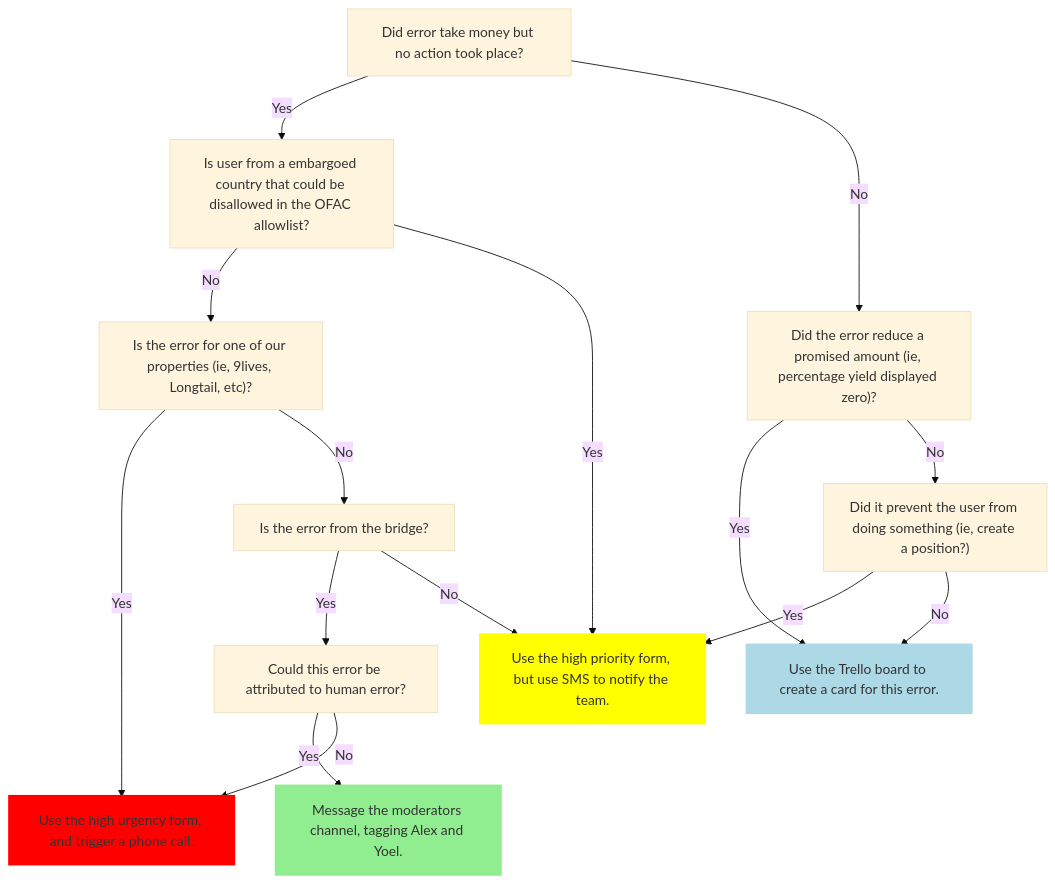
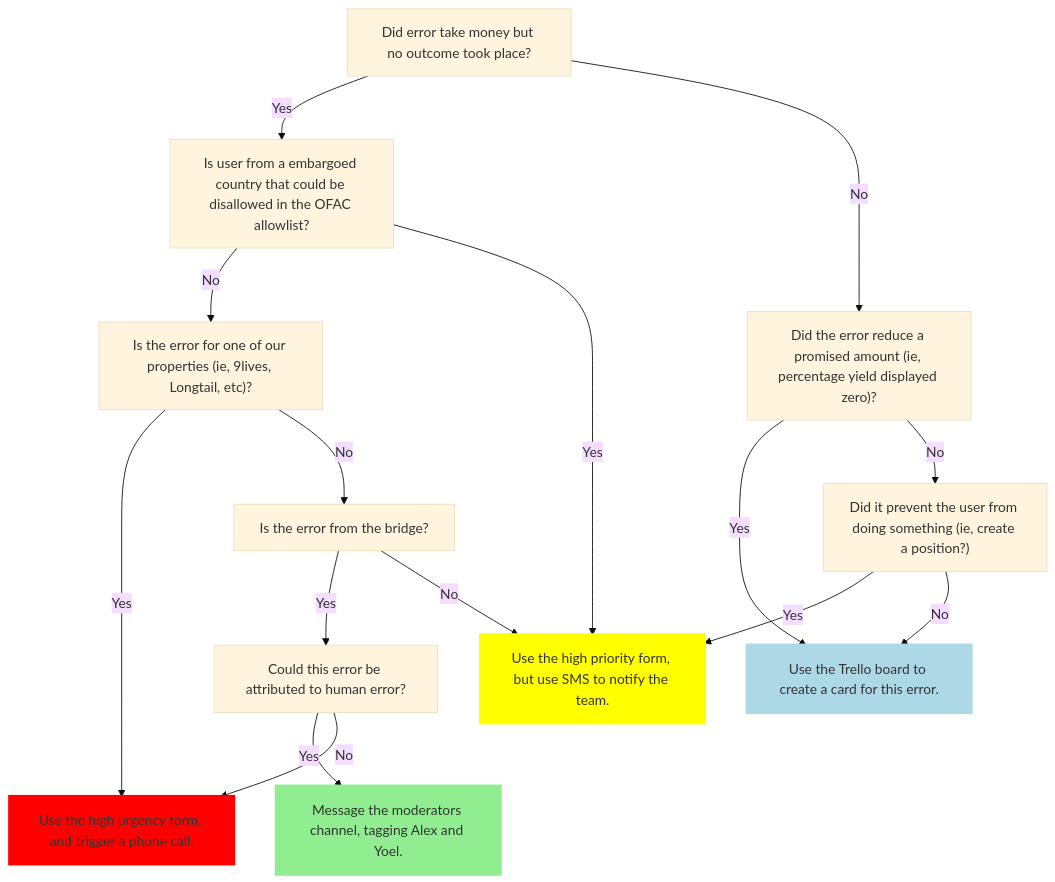
Before and after one commit to fluidity-money/escalation-policy: the diagram in README.md, drawn with Mermaid (base theme).

Commit message:
Clarify meaning of first check

````diff
--- a/README.md
+++ b/README.md
@@ -4,30 +4,30 @@
 ```mermaid
 flowchart TD
   style UseHighUrgencyFormEnableCall fill:red,stroke:red,stroke-width:4px,bold
   style UseHighUrgencyFormSMSOnly fill:yellow,stroke:yellow,stroke-width:4px,bold
   style UseTrello fill:lightblue,stroke:lightblue,stroke-width:4px,bold
   style MessageModeratorsChannel fill:lightgreen,stroke:lightgreen,stroke-width:4px,bold
 
-  DidErrorTakeMoney[Did error take money but no action took place?] -->
+  DidErrorTakeMoney[Did error take money but no outcome took place?] -->
   |Yes| IsUserEmbargoed[Is user from a embargoed country that could be disallowed in the OFAC allowlist?] -->
   |No| IsErrorForOneOfOurs["Is the error for one of our properties (ie, 9lives, Longtail, etc)?"] -->
   |Yes| UseHighUrgencyFormEnableCall[Use the high urgency form, and trigger a phone call.]
 
   IsUserEmbargoed -->|Yes| UseHighUrgencyFormSMSOnly[Use the high priority form, but use SMS to notify the team.]
 
   IsErrorForOneOfOurs -->|No| IsErrorForBridge[Is the error from the bridge?]
   --> |Yes| CouldErrorBeReasonablyAttributedToHumanErrorBridge[Could this error be attributed to human error?]
   --> |Yes| MessageModeratorsChannel[Message the moderators channel, tagging Alex and Yoel.]
   IsErrorForBridge -->|No| UseHighUrgencyFormSMSOnly
 
   CouldErrorBeReasonablyAttributedToHumanErrorBridge -->|No| UseHighUrgencyFormEnableCall
 
   DidErrorTakeMoney -->
   |No| DidErrorReducePromisedAmount["Did the error reduce a promised amount (ie, percentage yield displayed zero)?"] -->
   |Yes| UseTrello[Use the Trello board to create a card for this error.]
 
   DidErrorReducePromisedAmount -->
   |No| DidItPreventTheAction["Did it prevent the user from doing something (ie, create a position?)"] -->
   |Yes| UseHighUrgencyFormSMSOnly
   DidItPreventTheAction -->|No| UseTrello
 ```
````
